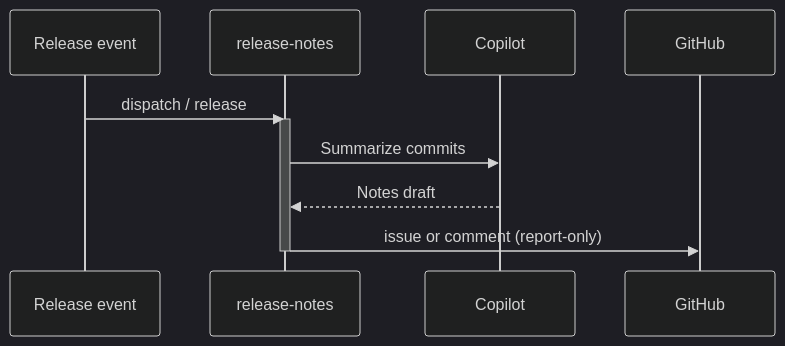
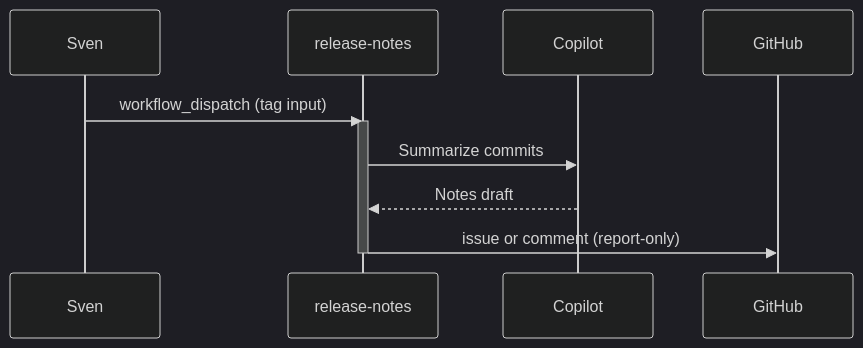
One commit to svennijhuis/agentic-workflows changed the diagram in docs/pbi/agent-factory/F09-release-notes.md. Above: the diagram before and after it, drawn with Mermaid (dark theme). The commit also changed other lines of this file and 13 other files, not shown here.

````diff
--- a/docs/pbi/agent-factory/F09-release-notes.md
+++ b/docs/pbi/agent-factory/F09-release-notes.md
@@ -48,13 +56,13 @@
 ```mermaid
 sequenceDiagram
-  participant Rel as Release event
+  participant Sven
   participant WF as release-notes
   participant Agent as Copilot
   participant GH as GitHub
-  Rel->>WF: dispatch / release
+  Sven->>WF: workflow_dispatch (tag input)
   activate WF
   WF->>Agent: Summarize commits
   Agent-->>WF: Notes draft
   WF->>GH: issue or comment (report-only)
   deactivate WF
 ```
````
